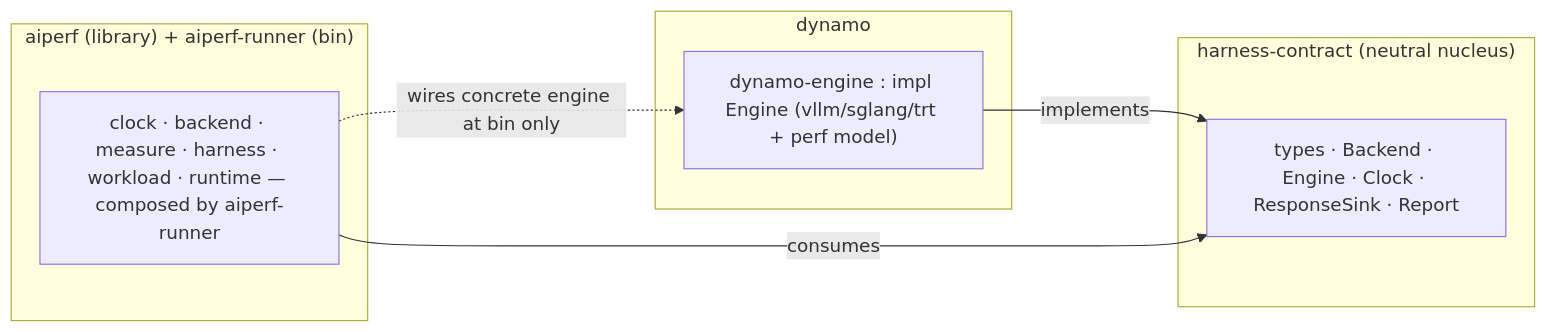
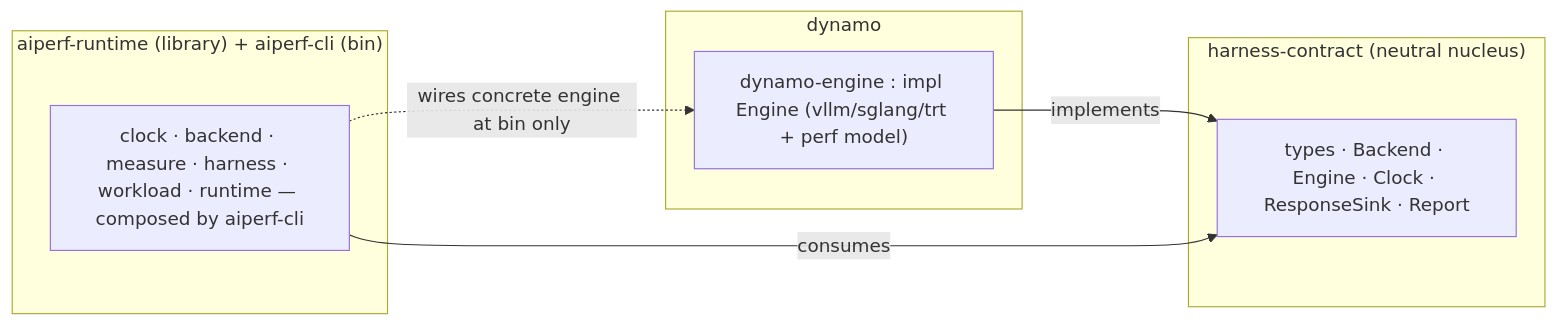
The second of 2 diagrams in specs/2026-07-10-shared-rust-architecture-northstar.md (ai-dynamo/aiperf), drawn with Mermaid before and after one commit. The commit also changed other lines of this file and 81 other files, not shown here.

````diff
--- a/specs/2026-07-10-shared-rust-architecture-northstar.md
+++ b/specs/2026-07-10-shared-rust-architecture-northstar.md
@@ -312,15 +314,15 @@
 ```mermaid
 flowchart LR
     subgraph shared["harness-contract  (neutral nucleus)"]
         c["types · Backend · Engine · Clock · ResponseSink · Report"]
     end
     subgraph dyn["dynamo"]
         e["dynamo-engine : impl Engine (vllm/sglang/trt + perf model)"]
     end
-    subgraph ap["aiperf (library) + aiperf-runner (bin)"]
-        r["clock · backend · measure · harness · workload · runtime — composed by aiperf-runner"]
+    subgraph ap["aiperf-runtime (library) + aiperf-cli (bin)"]
+        r["clock · backend · measure · harness · workload · runtime — composed by aiperf-cli"]
     end
     e -->|implements| c
     r -->|consumes| c
     r -.->|wires concrete engine at bin only| e
 ```
````
